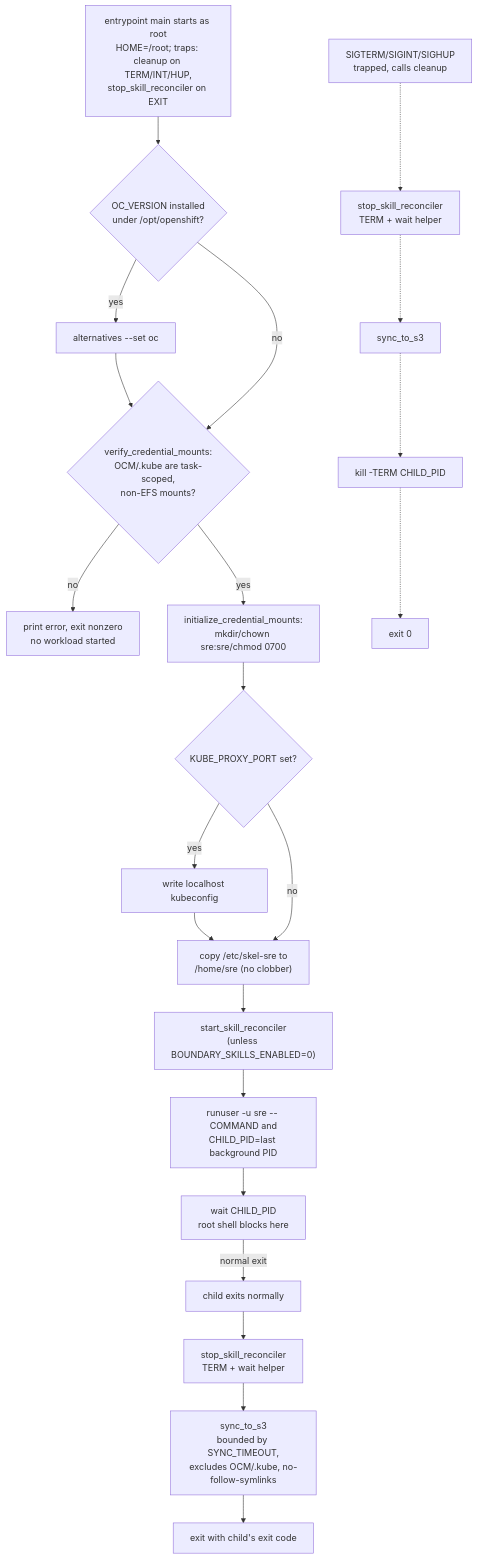
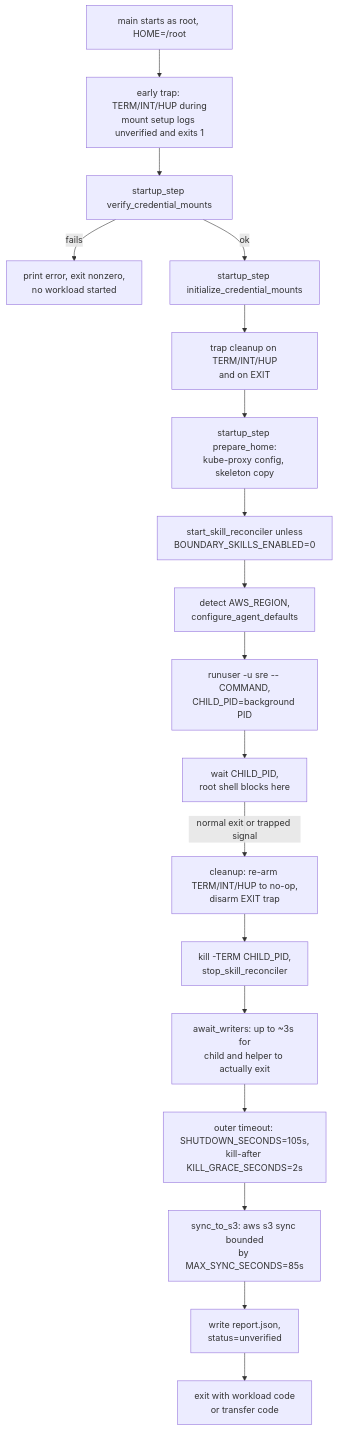
The diagram in openwiki/runtime/container-image.md (openshift-online/rosa-boundary), drawn with Mermaid before and after one commit. The commit also changed other lines of this file and 36 other files, not shown here.

````diff
--- a/openwiki/runtime/container-image.md
+++ b/openwiki/runtime/container-image.md
@@ -55,35 +59,26 @@
 ```mermaid
 flowchart TD
-    Start["entrypoint main starts as root<br/>HOME=/root; traps: cleanup on TERM/INT/HUP,<br/>stop_skill_reconciler on EXIT"]
-    OcVersion{"OC_VERSION installed<br/>under /opt/openshift?"}
-    SwitchOc["alternatives --set oc"]
-    VerifyMounts{"verify_credential_mounts:<br/>OCM/.kube are task-scoped,<br/>non-EFS mounts?"}
-    FailClosed["print error, exit nonzero<br/>no workload started"]
-    InitMounts["initialize_credential_mounts:<br/>mkdir/chown sre:sre/chmod 0700"]
-    KubeProxy{"KUBE_PROXY_PORT set?"}
-    WriteKubeconfig["write localhost kubeconfig"]
-    CopySkel["copy /etc/skel-sre to<br/>/home/sre (no clobber)"]
-    StartReconciler["start_skill_reconciler<br/>(unless BOUNDARY_SKILLS_ENABLED=0)"]
-    DropPriv["runuser -u sre -- COMMAND and<br/>CHILD_PID=last background PID"]
-    WaitChild["wait CHILD_PID<br/>root shell blocks here"]
-    Signal["SIGTERM/SIGINT/SIGHUP<br/>trapped, calls cleanup"]
-    NormalExit["child exits normally"]
-    StopReconciler1["stop_skill_reconciler<br/>TERM + wait helper"]
-    StopReconciler2["stop_skill_reconciler<br/>TERM + wait helper"]
-    SyncS3["sync_to_s3<br/>bounded by SYNC_TIMEOUT,<br/>excludes OCM/.kube, no-follow-symlinks"]
-    SyncS3b["sync_to_s3"]
-    KillChild["kill -TERM CHILD_PID"]
-    Exit["exit with child's exit code"]
-    ExitSignal["exit 0"]
+    Start["main starts as root, HOME=/root"]
+    TrapEarly["early trap: TERM/INT/HUP during<br/>mount setup logs unverified and exits 1"]
+    VerifyMounts["startup_step verify_credential_mounts"]
+    FailClosed["print error, exit nonzero,<br/>no workload started"]
+    InitMounts["startup_step initialize_credential_mounts"]
+    ArmCleanup["trap cleanup on TERM/INT/HUP<br/>and on EXIT"]
+    PrepareHome["startup_step prepare_home:<br/>kube-proxy config, skeleton copy"]
+    StartReconciler["start_skill_reconciler unless<br/>BOUNDARY_SKILLS_ENABLED=0"]
+    Bedrock["detect AWS_REGION,<br/>configure_agent_defaults"]
+    DropPriv["runuser -u sre -- COMMAND,<br/>CHILD_PID=background PID"]
+    WaitChild["wait CHILD_PID,<br/>root shell blocks here"]
+    Cleanup["cleanup: re-arm TERM/INT/HUP to no-op,<br/>disarm EXIT trap"]
+    SignalChild["kill -TERM CHILD_PID,<br/>stop_skill_reconciler"]
+    AwaitWriters["await_writers: up to ~3s for<br/>child and helper to actually exit"]
+    Watchdog["outer timeout: SHUTDOWN_SECONDS=105s,<br/>kill-after KILL_GRACE_SECONDS=2s"]
+    SyncS3["sync_to_s3: aws s3 sync bounded<br/>by MAX_SYNC_SECONDS=85s"]
+    Report["write report.json,<br/>status=unverified"]
+    ExitFinal["exit with workload code<br/>or transfer code"]
 
-    Start --> OcVersion
-    OcVersion -- yes --> SwitchOc --> VerifyMounts
-    OcVersion -- no --> VerifyMounts
-    VerifyMounts -- no --> FailClosed
-    VerifyMounts -- yes --> InitMounts --> KubeProxy
-    KubeProxy -- yes --> WriteKubeconfig --> CopySkel
-    KubeProxy -- no --> CopySkel
-    CopySkel --> StartReconciler --> DropPriv --> WaitChild
-    WaitChild -- normal exit --> NormalExit --> StopReconciler1 --> SyncS3 --> Exit
-    Signal -.-> StopReconciler2 -.-> SyncS3b -.-> KillChild -.-> ExitSignal
+    Start --> TrapEarly --> VerifyMounts
+    VerifyMounts -- fails --> FailClosed
+    VerifyMounts -- ok --> InitMounts --> ArmCleanup --> PrepareHome --> StartReconciler --> Bedrock --> DropPriv --> WaitChild
+    WaitChild -- "normal exit or trapped signal" --> Cleanup --> SignalChild --> AwaitWriters --> Watchdog --> SyncS3 --> Report --> ExitFinal
 ```
````
